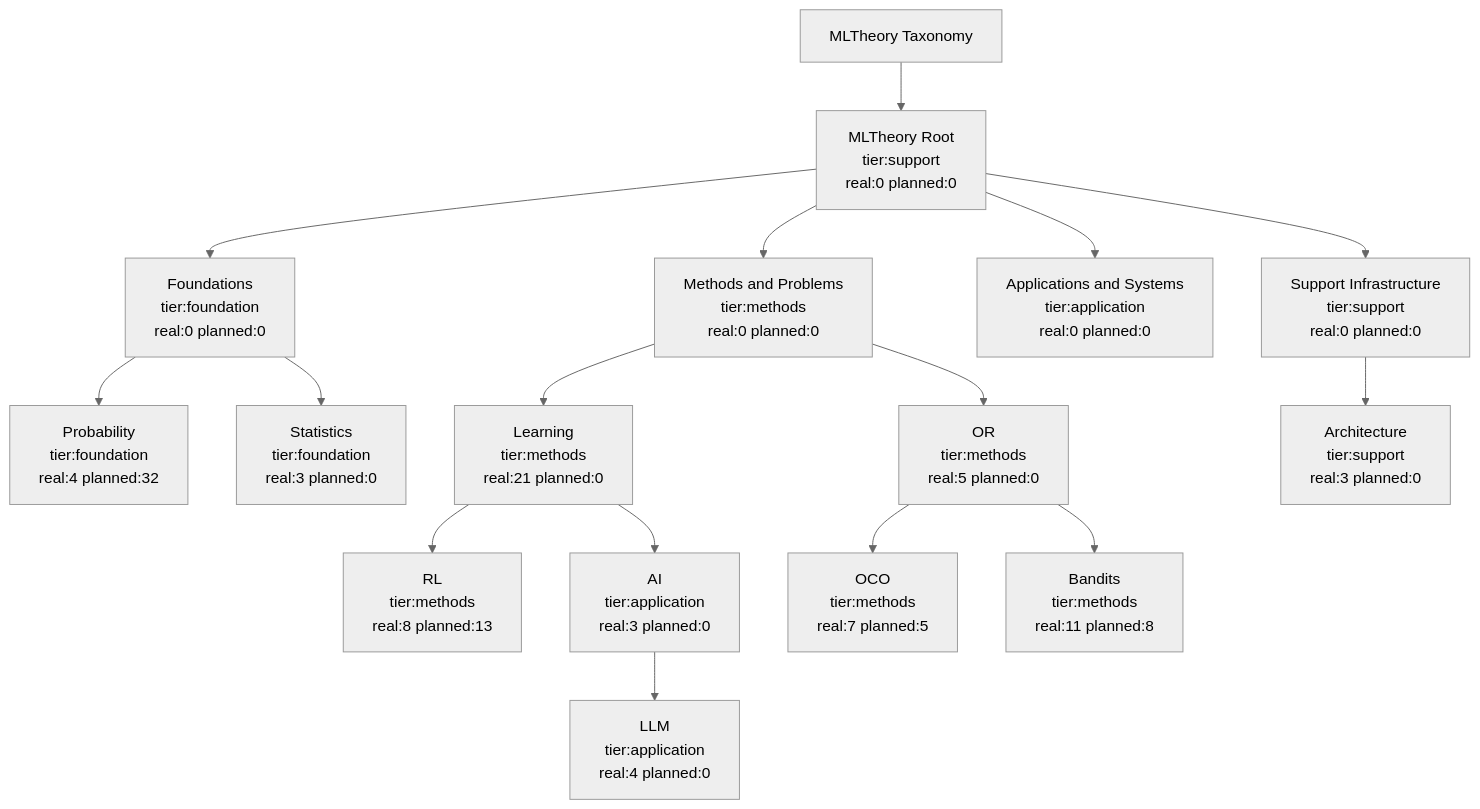
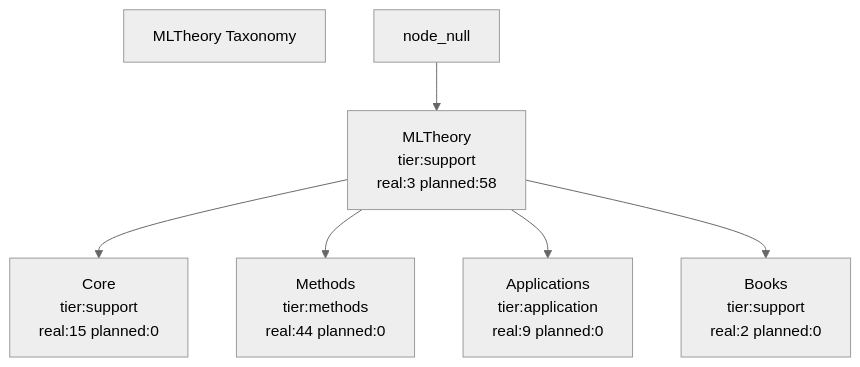
Before and after one commit to JKay15/mltheory-lean: the diagram in docs/ToolForest.md, drawn with Mermaid (neutral theme). The commit also changed other lines of this file and 97 other files, not shown here.

````diff
--- a/docs/ToolForest.md
+++ b/docs/ToolForest.md
@@ -16,34 +16,14 @@
 ```mermaid
 graph TD
   root["MLTheory Taxonomy"]
-  node_ml_root["MLTheory Root<br/>tier:support<br/>real:0 planned:0"]
-  node_foundations["Foundations<br/>tier:foundation<br/>real:0 planned:0"]
-  node_methods_problems["Methods and Problems<br/>tier:methods<br/>real:0 planned:0"]
-  node_applications_systems["Applications and Systems<br/>tier:application<br/>real:0 planned:0"]
-  node_support_infrastructure["Support Infrastructure<br/>tier:support<br/>real:0 planned:0"]
-  node_probability["Probability<br/>tier:foundation<br/>real:4 planned:32"]
-  node_statistics["Statistics<br/>tier:foundation<br/>real:3 planned:0"]
-  node_learning["Learning<br/>tier:methods<br/>real:21 planned:0"]
-  node_or["OR<br/>tier:methods<br/>real:5 planned:0"]
-  node_rl["RL<br/>tier:methods<br/>real:8 planned:13"]
-  node_oco["OCO<br/>tier:methods<br/>real:7 planned:5"]
-  node_bandits["Bandits<br/>tier:methods<br/>real:11 planned:8"]
-  node_ai["AI<br/>tier:application<br/>real:3 planned:0"]
-  node_llm["LLM<br/>tier:application<br/>real:4 planned:0"]
-  node_architecture["Architecture<br/>tier:support<br/>real:3 planned:0"]
-  root --> node_ml_root
-  node_ml_root --> node_foundations
-  node_ml_root --> node_methods_problems
-  node_ml_root --> node_applications_systems
-  node_ml_root --> node_support_infrastructure
-  node_foundations --> node_probability
-  node_foundations --> node_statistics
-  node_methods_problems --> node_learning
-  node_methods_problems --> node_or
-  node_learning --> node_rl
-  node_or --> node_oco
-  node_or --> node_bandits
-  node_learning --> node_ai
-  node_ai --> node_llm
-  node_support_infrastructure --> node_architecture
+  node_mltheory["MLTheory<br/>tier:support<br/>real:3 planned:58"]
+  node_core["Core<br/>tier:support<br/>real:15 planned:0"]
+  node_methods["Methods<br/>tier:methods<br/>real:44 planned:0"]
+  node_applications["Applications<br/>tier:application<br/>real:9 planned:0"]
+  node_books["Books<br/>tier:support<br/>real:2 planned:0"]
+  node_null --> node_mltheory
+  node_mltheory --> node_core
+  node_mltheory --> node_methods
+  node_mltheory --> node_applications
+  node_mltheory --> node_books
 ```
````
